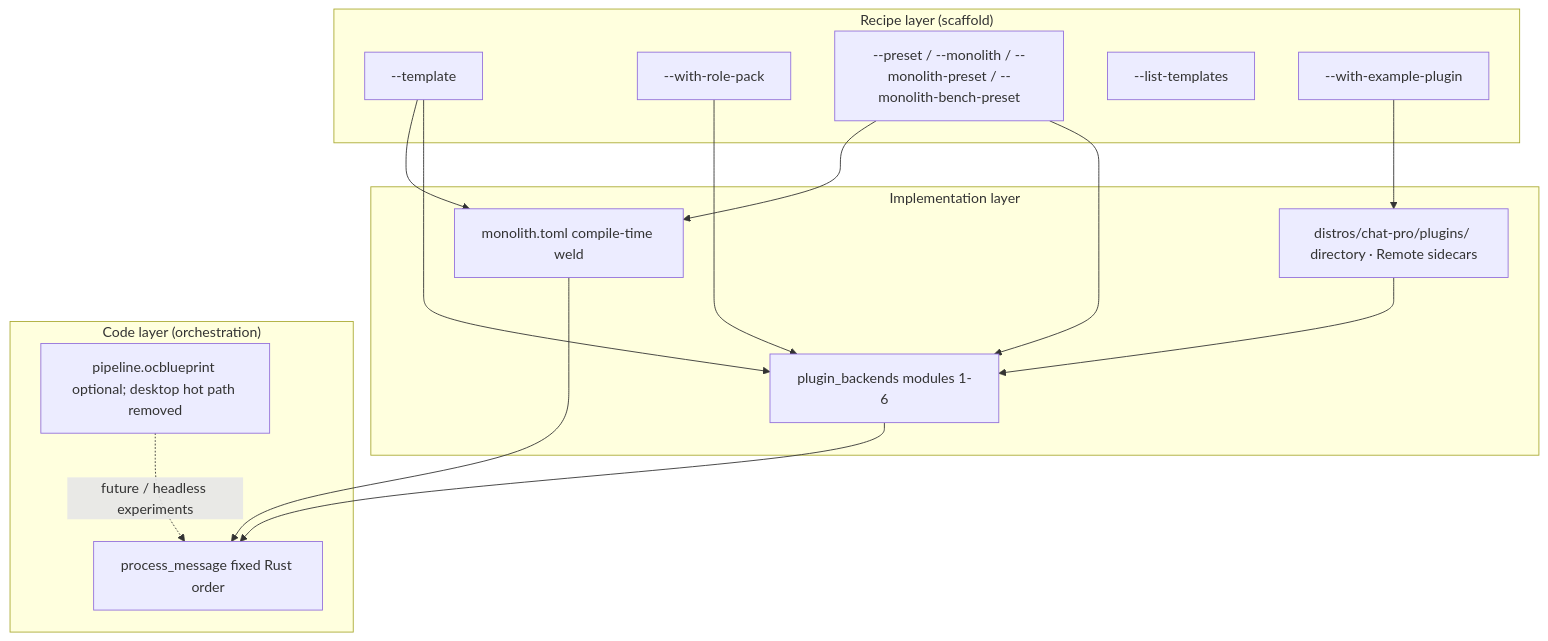
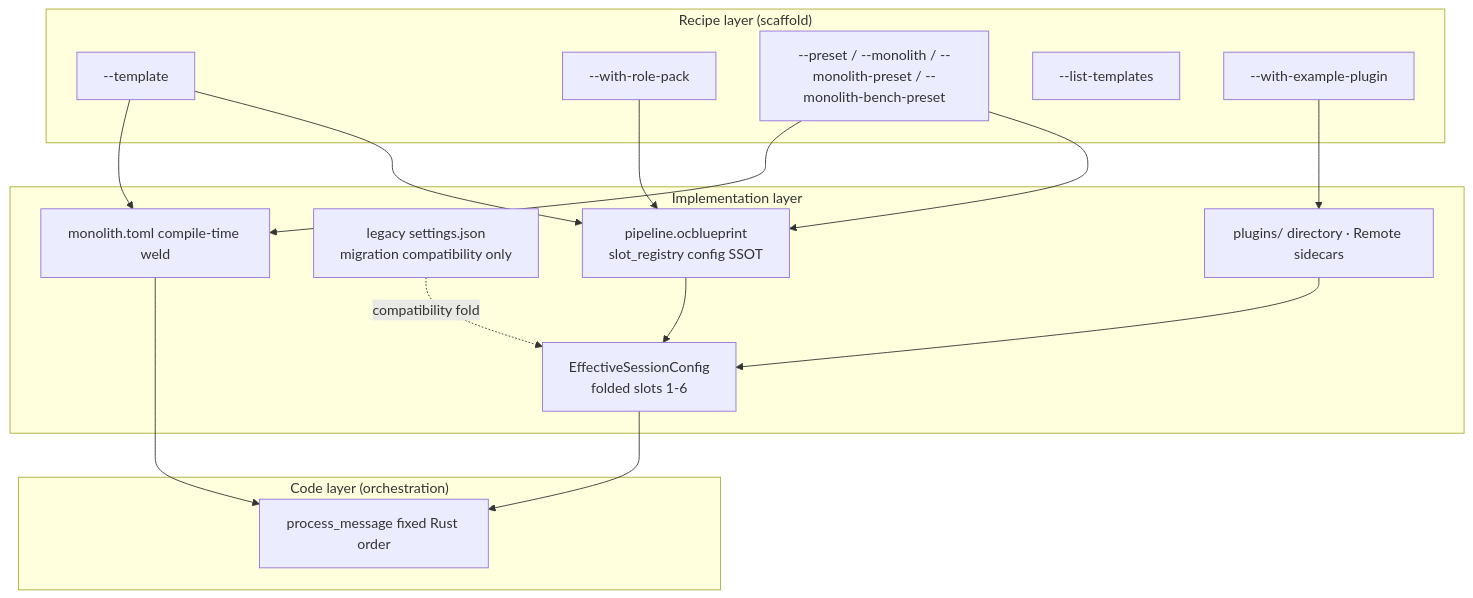
The diagram in creator-docs-en/getting-started/KERNEL_FACTORY_VISION.md (linkaiheng2233-cyber/oclivenewnew), drawn with Mermaid before and after one commit. The commit also changed other lines of this file and 231 other files, not shown here.

Commit message:
docs(architecture): align project around tool kernel

````diff
--- a/creator-docs-en/getting-started/KERNEL_FACTORY_VISION.md
+++ b/creator-docs-en/getting-started/KERNEL_FACTORY_VISION.md
@@ -65,29 +65,31 @@
 ```mermaid
 flowchart TB
   subgraph recipe["Recipe layer (scaffold)"]
     T["--template"]
     R["--with-role-pack"]
     P["--preset / --monolith / --monolith-preset / --monolith-bench-preset"]
     L["--list-templates"]
     E["--with-example-plugin"]
   end
   subgraph impl["Implementation layer"]
-    PB["plugin_backends modules 1-6"]
+    BP["pipeline.ocblueprint<br/>slot_registry config SSOT"]
+    PB["EffectiveSessionConfig<br/>folded slots 1-6"]
+    LEG["legacy settings.json<br/>migration compatibility only"]
     M["monolith.toml compile-time weld"]
-    PL["distros/chat-pro/plugins/ directory · Remote sidecars"]
+    PL["plugins/ directory · Remote sidecars"]
   end
   subgraph code["Code layer (orchestration)"]
     PM["process_message fixed Rust order"]
-    BP["pipeline.ocblueprint optional; desktop hot path removed"]
   end
-  T --> PB
-  R --> PB
-  P --> PB
+  T --> BP
+  R --> BP
+  P --> BP
   T --> M
   P --> M
   E --> PL
+  BP --> PB
+  LEG -.compatibility fold.-> PB
   PB --> PM
   M --> PM
   PL --> PB
-  BP -.->|future / headless experiments| PM
 ```
````
